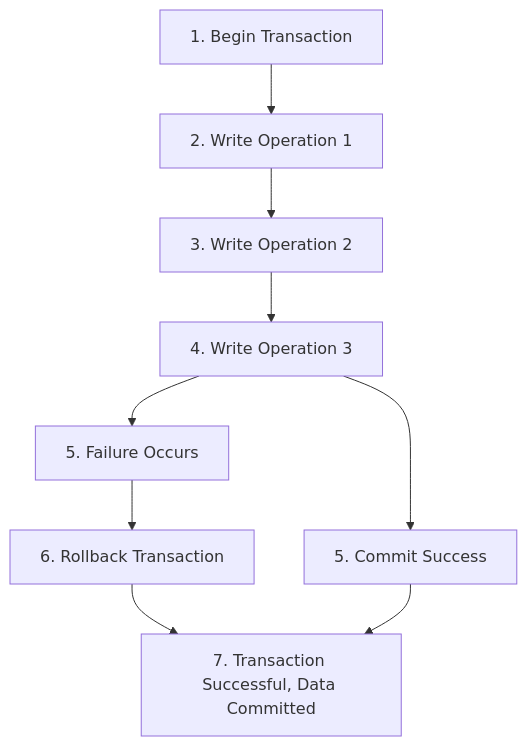
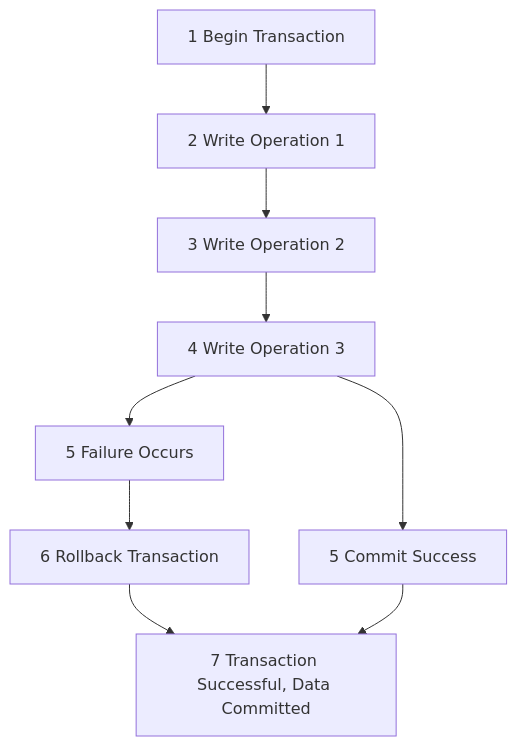
Before and after one commit to uwspstar/From-Zero-to-Hero: the first of 4 diagrams in System-Design/ACID principle.md, drawn with Mermaid. The commit also changed other lines of this file, not shown here.

````diff
--- a/System-Design/ACID principle.md
+++ b/System-Design/ACID principle.md
@@ -9,11 +9,11 @@
 ```mermaid
 flowchart TD
-    Start[1. Begin Transaction] --> Write1[2. Write Operation 1]
-    Write1 --> Write2[3. Write Operation 2]
-    Write2 --> Write3[4. Write Operation 3]
-    Write3 --> Success[5. Commit Success]
-    Write3 --> Failure[5. Failure Occurs]
-    Failure --> Rollback[6. Rollback Transaction]
-    Rollback --> End[7. Transaction Failed, State Reverted]
-    Success --> End[7. Transaction Successful, Data Committed]
+    Start[1 Begin Transaction] --> Write1[2 Write Operation 1]
+    Write1 --> Write2[3 Write Operation 2]
+    Write2 --> Write3[4 Write Operation 3]
+    Write3 --> Success[5 Commit Success]
+    Write3 --> Failure[5 Failure Occurs]
+    Failure --> Rollback[6 Rollback Transaction]
+    Rollback --> End[7 Transaction Failed, State Reverted]
+    Success --> End[7 Transaction Successful, Data Committed]
 ```
````
